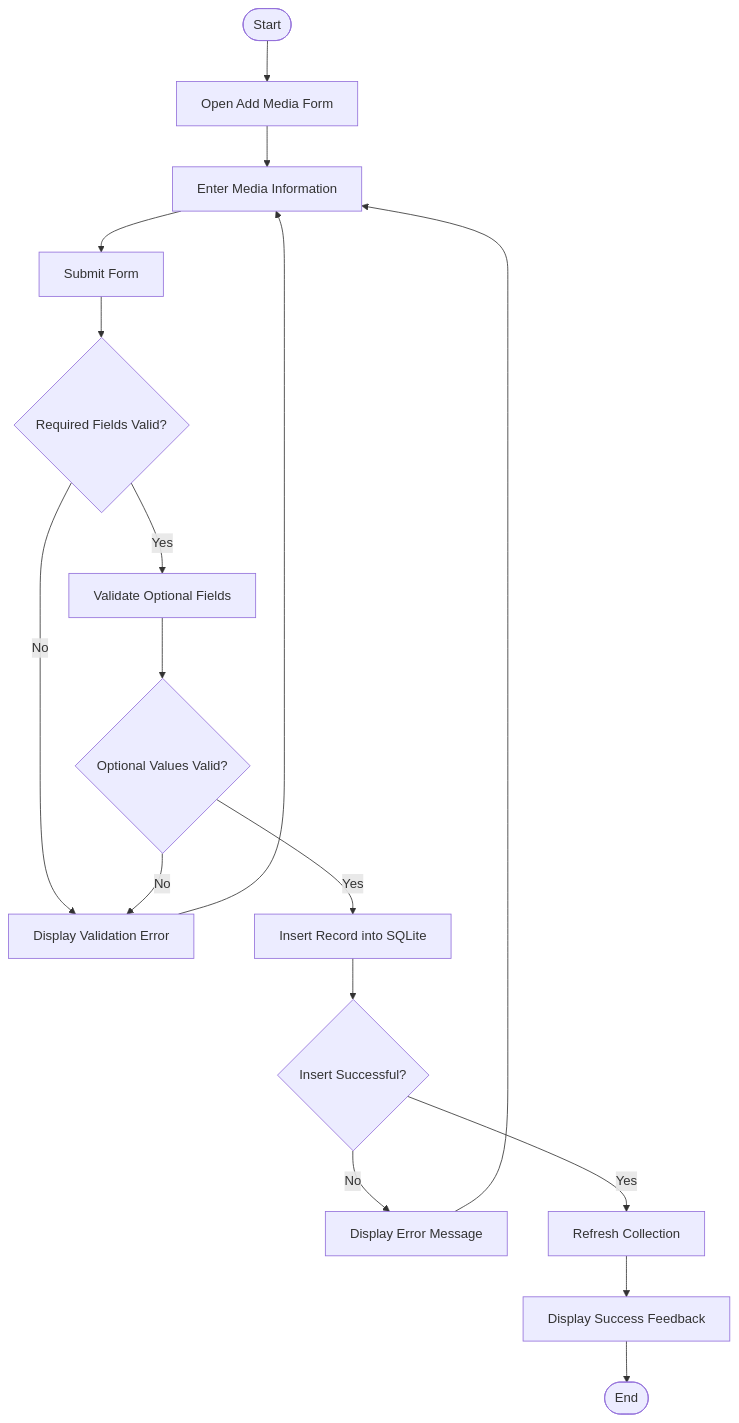
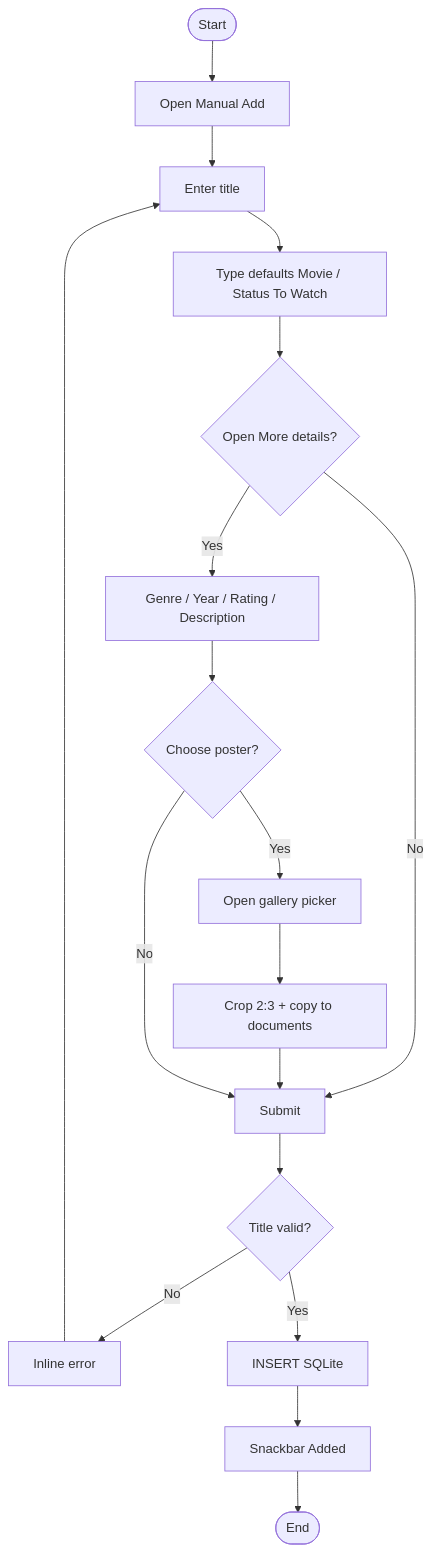
The second of 6 diagrams in docs/07-activity-diagrams.md (Aldo-Kristian/CineTrack), drawn with Mermaid before and after one commit. The commit also changed other lines of this file and 17 other files, not shown here.

Commit message:
docs: revise all documents for v2 (tmdb, poster, streaming, genre cards)

````diff
--- a/docs/07-activity-diagrams.md
+++ b/docs/07-activity-diagrams.md
@@ -14,19 +67,20 @@
 ```mermaid
 flowchart TD
-    A([Start]) --> B[Open Add Media Form]
-    B --> C[Enter Media Information]
-    C --> D[Submit Form]
-    D --> E{Required Fields Valid?}
-    E -->|No| F[Display Validation Error]
-    F --> C
-    E -->|Yes| G[Validate Optional Fields]
-    G --> H{Optional Values Valid?}
+    A([Start]) --> B[Open Manual Add]
+    B --> C[Enter title]
+    C --> D[Type defaults Movie / Status To Watch]
+    D --> E{Open More details?}
+    E -->|No| F[Submit]
+    E -->|Yes| G[Genre / Year / Rating / Description]
+    G --> H{Choose poster?}
+    H -->|Yes| I[Open gallery picker]
+    I --> J[Crop 2:3 + copy to documents]
+    J --> F
     H -->|No| F
-    H -->|Yes| I[Insert Record into SQLite]
-    I --> J{Insert Successful?}
-    J -->|No| K[Display Error Message]
-    K --> C
-    J -->|Yes| L[Refresh Collection]
-    L --> M[Display Success Feedback]
-    M --> N([End])
+    F --> K{Title valid?}
+    K -->|No| L[Inline error]
+    L --> C
+    K -->|Yes| M[INSERT SQLite]
+    M --> N[Snackbar Added]
+    N --> O([End])
 ```
````
